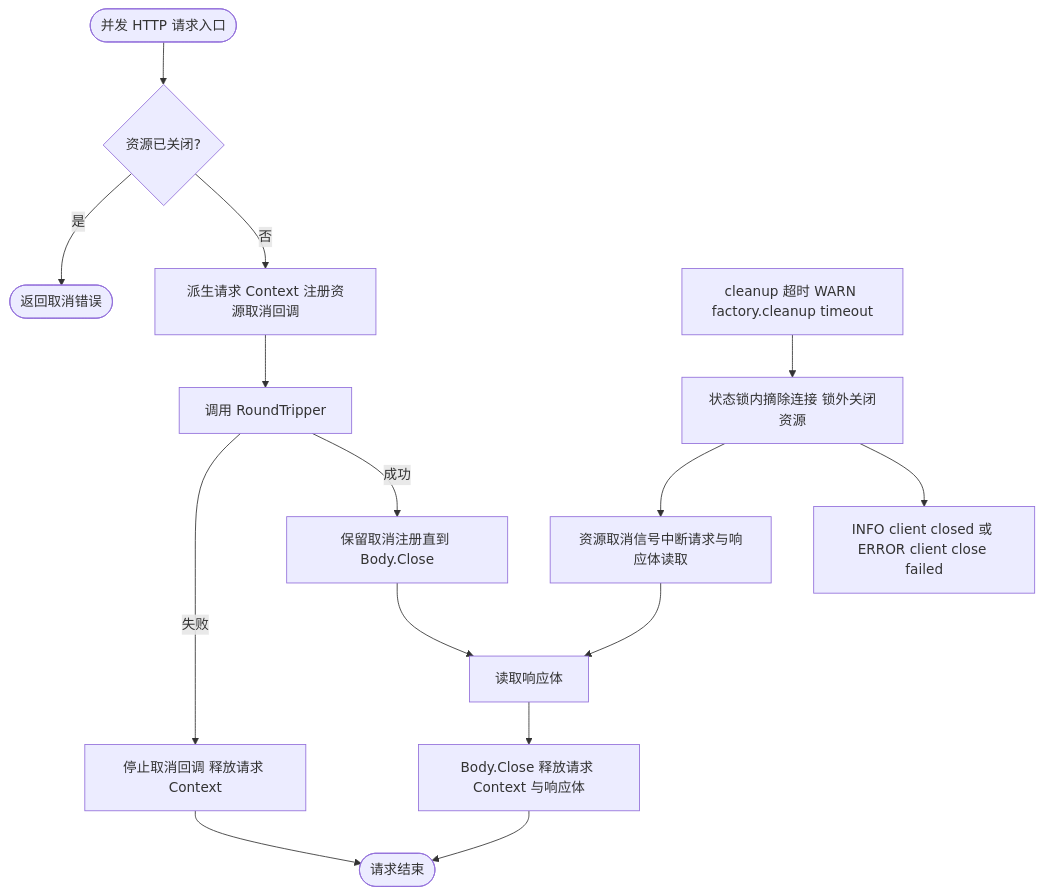
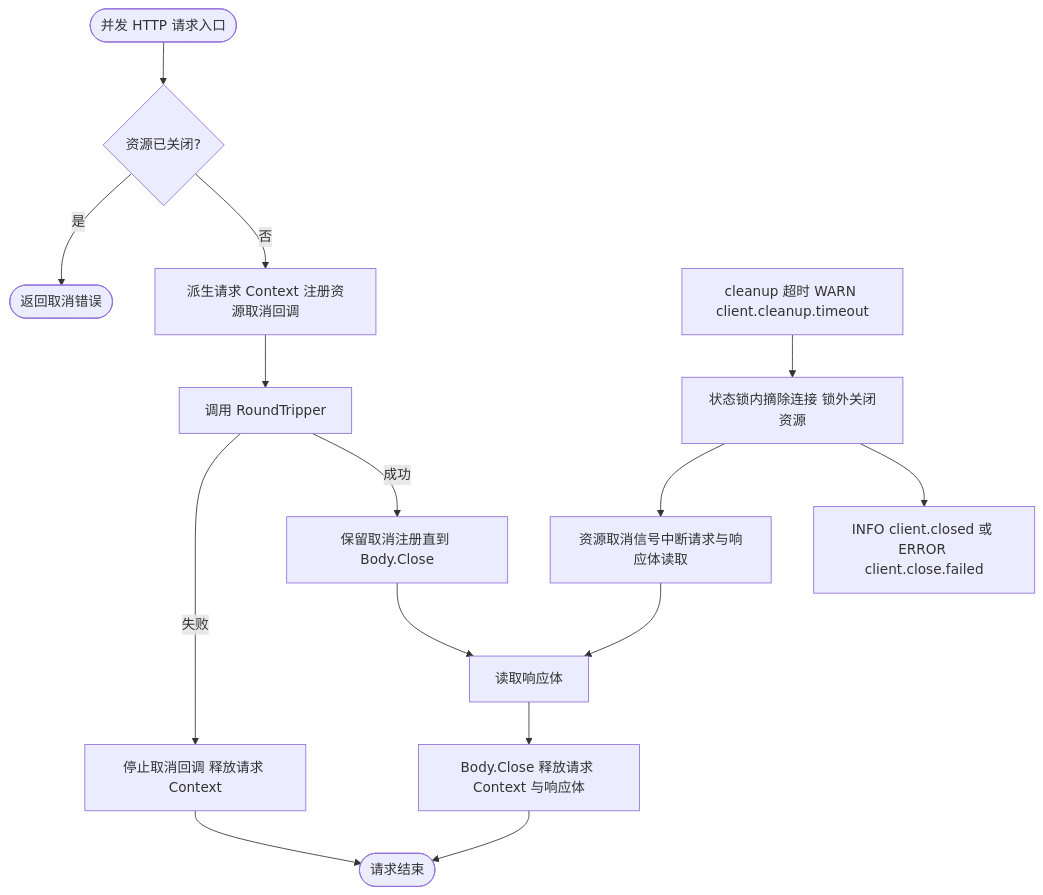
Before and after one commit to jaggerzhuang1994/kratos-foundation: the first of 9 diagrams in pkg/client/README.md, drawn with Mermaid. The commit also changed other lines of this file and 204 other files, not shown here.

````diff
--- a/pkg/client/README.md
+++ b/pkg/client/README.md
@@ -58,17 +58,17 @@
 ```mermaid
 flowchart TD
     A([并发 HTTP 请求入口]) --> B{资源已关闭?}
     B -- 是 --> C([返回取消错误])
     B -- 否 --> D[派生请求 Context 注册资源取消回调]
     D --> E[调用 RoundTripper]
     E -- 失败 --> F[停止取消回调 释放请求 Context]
     E -- 成功 --> G[保留取消注册直到 Body.Close]
     G --> H[读取响应体]
     H --> I[Body.Close 释放请求 Context 与响应体]
     I --> J([请求结束])
     F --> J
-    K[cleanup 超时 WARN factory.cleanup timeout] --> L[状态锁内摘除连接 锁外关闭资源]
+    K[cleanup 超时 WARN client.cleanup.timeout] --> L[状态锁内摘除连接 锁外关闭资源]
     L --> M[资源取消信号中断请求与响应体读取]
     M --> H
-    L --> N[INFO client closed 或 ERROR client close failed]
+    L --> N[INFO client.closed 或 ERROR client.close.failed]
 ```
````
